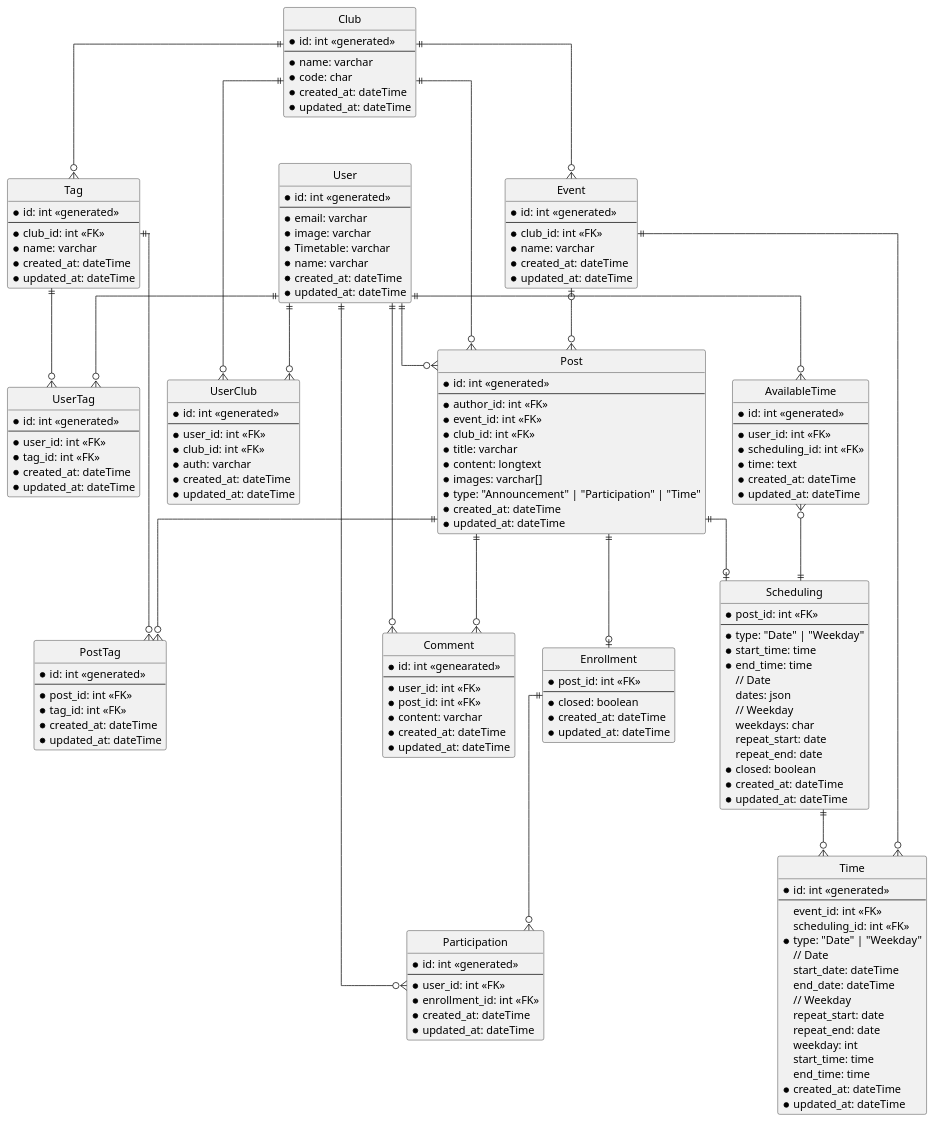
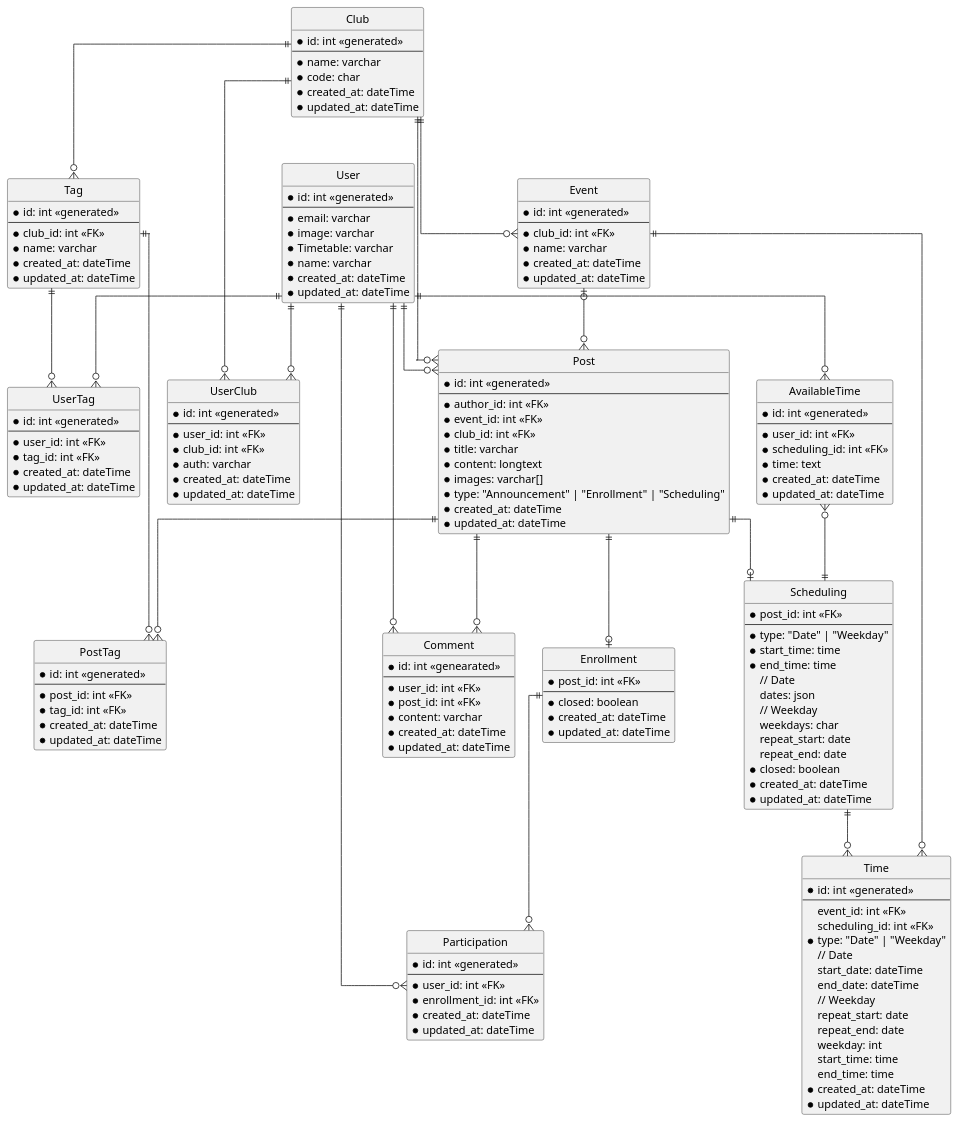
The diagram in udong-backend/docs/db-schema.puml (swsnu/swppfall2022-team1), drawn with PlantUML before and after one commit.

```diff
--- a/udong-backend/docs/db-schema.puml
+++ b/udong-backend/docs/db-schema.puml
@@ -1,180 +1,180 @@
 @startuml Udong
 hide circle
 
 skinparam linetype ortho
 
 entity User {
   *id: int <<generated>>
   --
   *email: varchar
   *image: varchar
   *Timetable: varchar
   *name: varchar
   *created_at: dateTime
   *updated_at: dateTime
 }
 
 entity Club {
   *id: int <<generated>>
   --
   *name: varchar
   *code: char
   *created_at: dateTime
   *updated_at: dateTime
 }
 
 entity UserClub {
   *id: int <<generated>>
   --
   *user_id: int <<FK>>
   *club_id: int <<FK>>
   *auth: varchar
   *created_at: dateTime
   *updated_at: dateTime
 }
 
 entity Event {
   *id: int <<generated>>
   --
   *club_id: int <<FK>>
   *name: varchar
   *created_at: dateTime
   *updated_at: dateTime
 }
 
 entity Time {
   *id: int <<generated>>
   --
   event_id: int <<FK>>
   scheduling_id: int <<FK>>
   *type: "Date" | "Weekday"
   // Date
   start_date: dateTime
   end_date: dateTime
   // Weekday
   repeat_start: date
   repeat_end: date
   weekday: int
   start_time: time
   end_time: time
   *created_at: dateTime
   *updated_at: dateTime
 }
 
 entity Tag {
   *id: int <<generated>>
   --
   *club_id: int <<FK>>
   *name: varchar
   *created_at: dateTime
   *updated_at: dateTime
 }
 
 entity UserTag {
   *id: int <<generated>>
   --
   *user_id: int <<FK>>
   *tag_id: int <<FK>>
   *created_at: dateTime
   *updated_at: dateTime
 }
 
 entity Post {
   *id: int <<generated>>
   --
   *author_id: int <<FK>>
   *event_id: int <<FK>>
   *club_id: int <<FK>>
   *title: varchar
   *content: longtext
   *images: varchar[]
-  *type: "Announcement" | "Participation" | "Time"
+  *type: "Announcement" | "Enrollment" | "Scheduling"
   *created_at: dateTime
   *updated_at: dateTime
 }
 
 entity Enrollment {
   *post_id: int <<FK>>
   --
   *closed: boolean
   *created_at: dateTime
   *updated_at: dateTime
 }
 
 entity Scheduling {
   *post_id: int <<FK>>
   --
   *type: "Date" | "Weekday"
   *start_time: time
   *end_time: time
   // Date
   dates: json
   // Weekday
   weekdays: char
   repeat_start: date
   repeat_end: date
   *closed: boolean
   *created_at: dateTime
   *updated_at: dateTime
 }
 
 entity Participation {
   *id: int <<generated>>
   --
   *user_id: int <<FK>>
   *enrollment_id: int <<FK>>
   *created_at: dateTime
   *updated_at: dateTime
 }
 
 entity AvailableTime {
   *id: int <<generated>>
   --
   *user_id: int <<FK>>
   *scheduling_id: int <<FK>>
   *time: text
   *created_at: dateTime
   *updated_at: dateTime
 }
 
 entity Comment {
   *id: int <<genearated>>
   --
   *user_id: int <<FK>>
   *post_id: int <<FK>>
   *content: varchar
   *created_at: dateTime
   *updated_at: dateTime
 }
 
 entity PostTag {
   *id: int <<generated>>
   --
   *post_id: int <<FK>>
   *tag_id: int <<FK>>
   *created_at: dateTime
   *updated_at: dateTime
 }
 
 User ||--o{ UserClub
 Club ||--o{ UserClub
 Club ||--o{ Event
 Time }o-left-|| Event
 User ||--o{ UserTag
 Tag ||--o{ UserTag
 Event |o-down-o{ Post
 Post }o-up-|| User
 Enrollment |o-up-|| Post
 Scheduling |o-up-|| Post
 Scheduling ||--o{ Time
 User ||--o{ Participation
 Enrollment ||--o{ Participation
 User ||--o{ AvailableTime
 AvailableTime }o-d-|| Scheduling
 User ||--o{ Comment
 Post ||--o{ PostTag
 Tag }o-up-|| Club
 Tag ||--o{ PostTag
 Post ||--o{ Comment
 Post }o--|| Club
 @enduml
```
